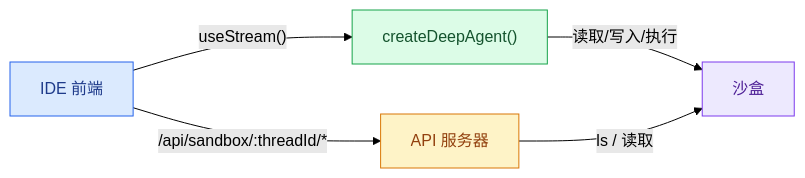
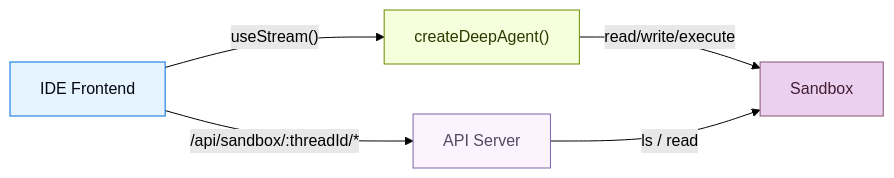
One commit to kunfan96/cndocs-langchain changed the first of 2 diagrams in oss/javascript/deepagents/frontend/sandbox.mdx. Above: the diagram before and after it, drawn with Mermaid (forest theme). The commit also changed other lines of this file and 2538 other files, not shown here.

````diff
--- a/oss/javascript/deepagents/frontend/sandbox.mdx
+++ b/oss/javascript/deepagents/frontend/sandbox.mdx
@@ -22,29 +35,29 @@
 ```mermaid
 %%{
   init: {
     "fontFamily": "monospace",
     "flowchart": {
       "curve": "curve"
     }
   }
 }%%
 graph LR
-  UI["IDE 前端"]
-  API["API 服务器"]
+  UI["IDE Frontend"]
+  API["API Server"]
   AGENT["createDeepAgent()"]
-  SANDBOX["沙盒"]
+  SANDBOX["Sandbox"]
 
   UI --"useStream()"--> AGENT
   UI --"/api/sandbox/:threadId/*"--> API
-  AGENT --"读取/写入/执行"--> SANDBOX
-  API --"ls / 读取"--> SANDBOX
+  AGENT --"read/write/execute"--> SANDBOX
+  API --"ls / read"--> SANDBOX
 
-  classDef blueHighlight fill:#DBEAFE,stroke:#2563EB,color:#1E3A8A;
-  classDef greenHighlight fill:#DCFCE7,stroke:#16A34A,color:#14532D;
-  classDef purpleHighlight fill:#EDE9FE,stroke:#7C3AED,color:#4C1D95;
-  classDef orangeHighlight fill:#FEF3C7,stroke:#D97706,color:#92400E;
+  classDef blueHighlight fill:#E5F4FF,stroke:#006DDD,color:#030710;
+  classDef greenHighlight fill:#F6FFDB,stroke:#6E8900,color:#2E3900;
+  classDef purpleHighlight fill:#EBD0F0,stroke:#885270,color:#441E33;
+  classDef orangeHighlight fill:#FDF3FF,stroke:#7E65AE,color:#504B5F;
   class UI blueHighlight;
   class AGENT greenHighlight;
   class SANDBOX purpleHighlight;
   class API orangeHighlight;
 ```
````
